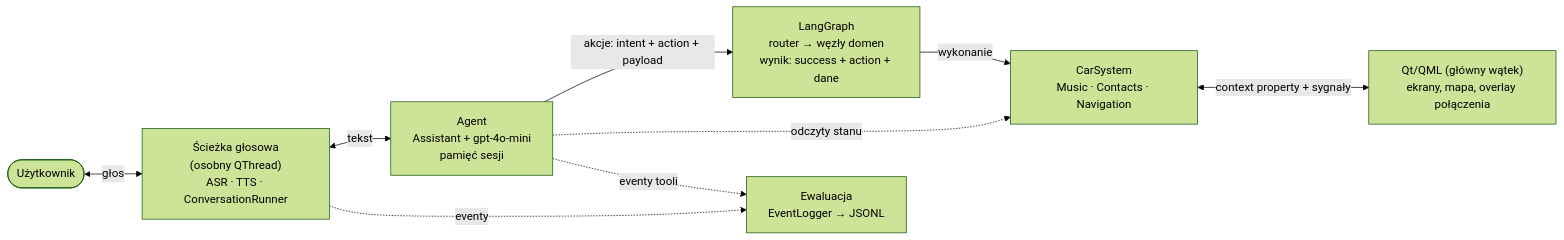
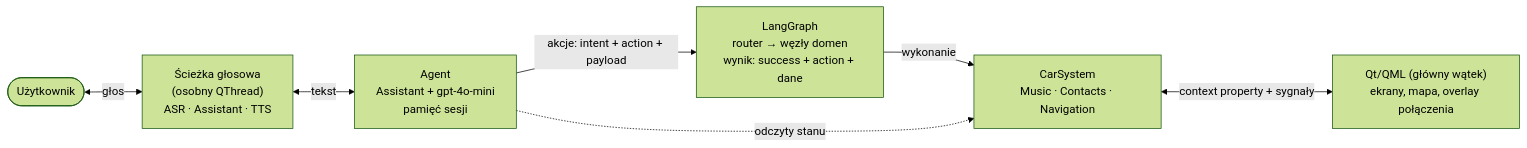
Before and after one commit to MichalGudowicz29/in-vehicle-virtual-assistant: the diagram in docs/warstwy.md, drawn with Mermaid (forest theme). The commit also changed 15 other files, not shown here.

Commit message:
deleted event logger

````diff
--- a/docs/warstwy.md
+++ b/docs/warstwy.md
@@ -1,19 +1,16 @@
 ```mermaid
 flowchart LR
     User([Użytkownik])
-    Voice["Ścieżka głosowa<br/>(osobny QThread)<br/>ASR · TTS · ConversationRunner"]
+    Voice["Ścieżka głosowa<br/>(osobny QThread)<br/>ASR · Assistant · TTS"]
     Agent["Agent<br/>Assistant + gpt-4o-mini<br/>pamięć sesji"]
     Graph["LangGraph<br/>router → węzły domen<br/>wynik: success + action + dane"]
     Car["CarSystem<br/>Music · Contacts · Navigation"]
     UI["Qt/QML (główny wątek)<br/>ekrany, mapa, overlay połączenia"]
-    Eval["Ewaluacja<br/>EventLogger → JSONL"]
 
     User <-->|głos| Voice
     Voice <-->|tekst| Agent
     Agent -->|akcje: intent + action + payload| Graph
     Graph -->|wykonanie| Car
     Agent -.->|odczyty stanu| Car
     Car <-->|context property + sygnały| UI
-    Voice -.->|eventy| Eval
-    Agent -.->|eventy tooli| Eval
 ```
````
